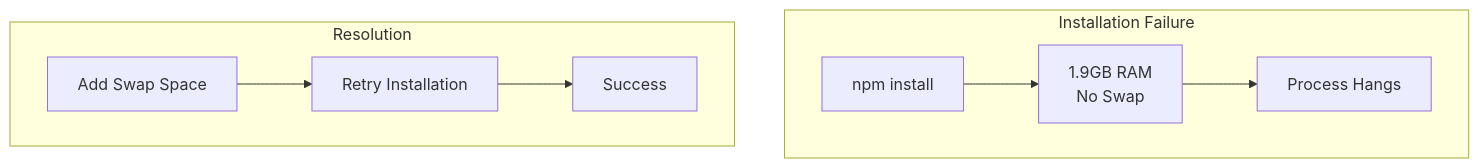
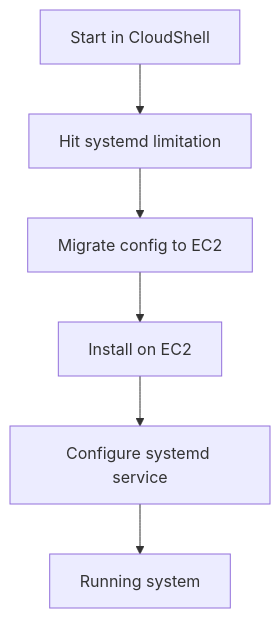
One commit to mondweep/vibe-cast changed the third of 4 diagrams in projects/linkedin-ai-agents-evaluation/ARTICLE.md. Above: the diagram before and after it, drawn with Mermaid. The commit also changed other lines of this file, not shown here.

````diff
--- a/projects/linkedin-ai-agents-evaluation/ARTICLE.md
+++ b/projects/linkedin-ai-agents-evaluation/ARTICLE.md
@@ -141,20 +113,11 @@
 ```mermaid
 flowchart TB
-    subgraph "Installation Failure"
-        NPM[npm install]
-        RAM[1.9GB RAM<br/>No Swap]
-        HANG[Process Hangs]
+    A[Start in CloudShell]
+    B[Hit systemd limitation]
+    C[Migrate config to EC2]
+    D[Install on EC2]
+    E[Configure systemd service]
+    F[Running system]
 
-        NPM --> RAM
-        RAM --> HANG
-    end
-
-    subgraph "Resolution"
-        SWAP[Add Swap Space]
-        RETRY[Retry Installation]
-        SUCCESS[Success]
-
-        SWAP --> RETRY
-        RETRY --> SUCCESS
-    end
+    A --> B --> C --> D --> E --> F
 ```
````
